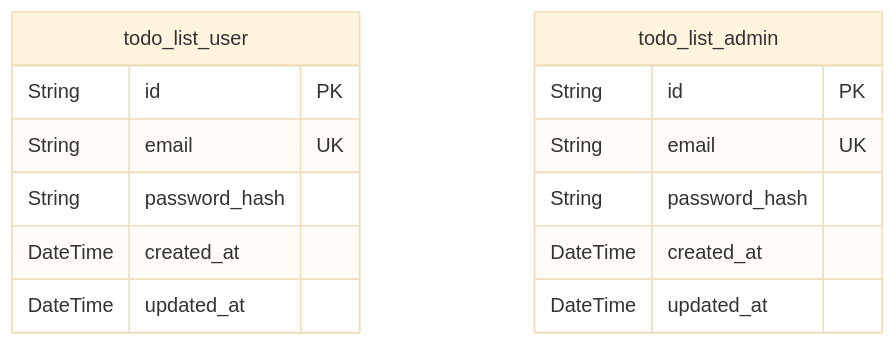
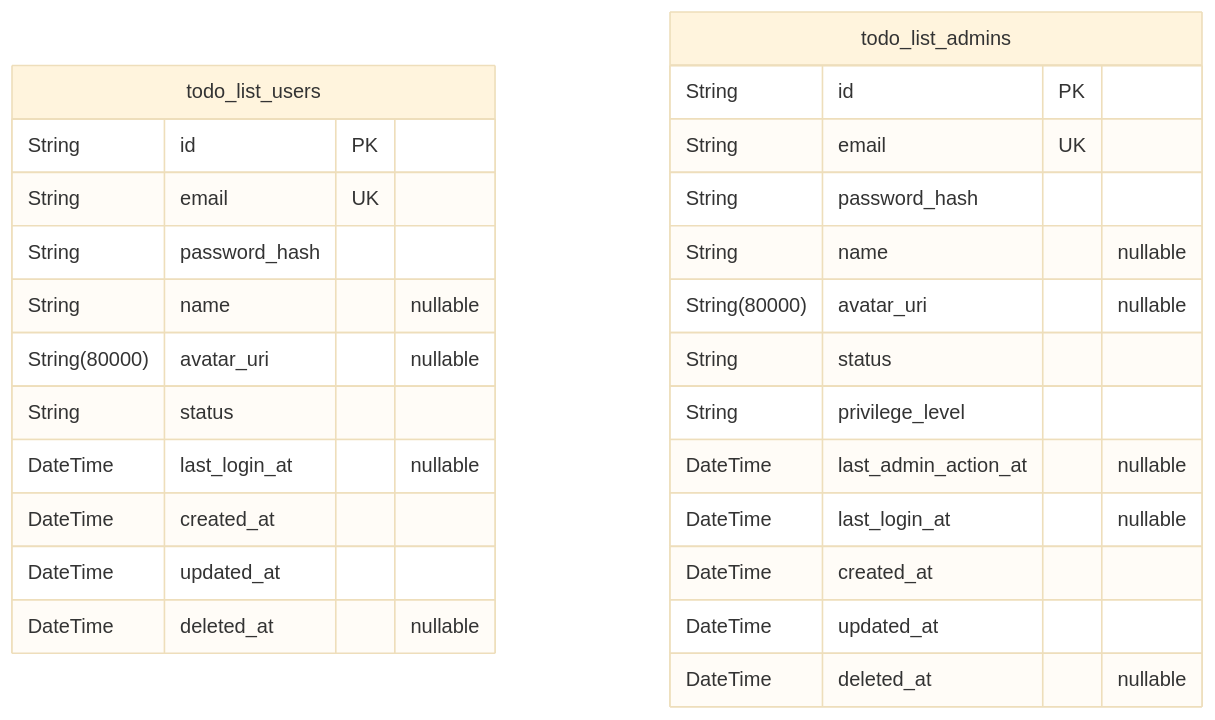
One commit to wrtnlabs/autobe-example-todo-openai-gpt-4.1 changed the first of 2 diagrams in docs/ERD.md. Above: the diagram before and after it, drawn with Mermaid (base theme). The commit also changed other lines of this file and 154 other files, not shown here.

````diff
--- a/docs/ERD.md
+++ b/docs/ERD.md
@@ -10,17 +10,29 @@
 ```mermaid
 erDiagram
-"todo_list_user" {
+"todo_list_users" {
   String id PK
   String email UK
   String password_hash
+  String name "nullable"
+  String(80000) avatar_uri "nullable"
+  String status
+  DateTime last_login_at "nullable"
   DateTime created_at
   DateTime updated_at
+  DateTime deleted_at "nullable"
 }
-"todo_list_admin" {
+"todo_list_admins" {
   String id PK
   String email UK
   String password_hash
+  String name "nullable"
+  String(80000) avatar_uri "nullable"
+  String status
+  String privilege_level
+  DateTime last_admin_action_at "nullable"
+  DateTime last_login_at "nullable"
   DateTime created_at
   DateTime updated_at
+  DateTime deleted_at "nullable"
 }
 ```
````
